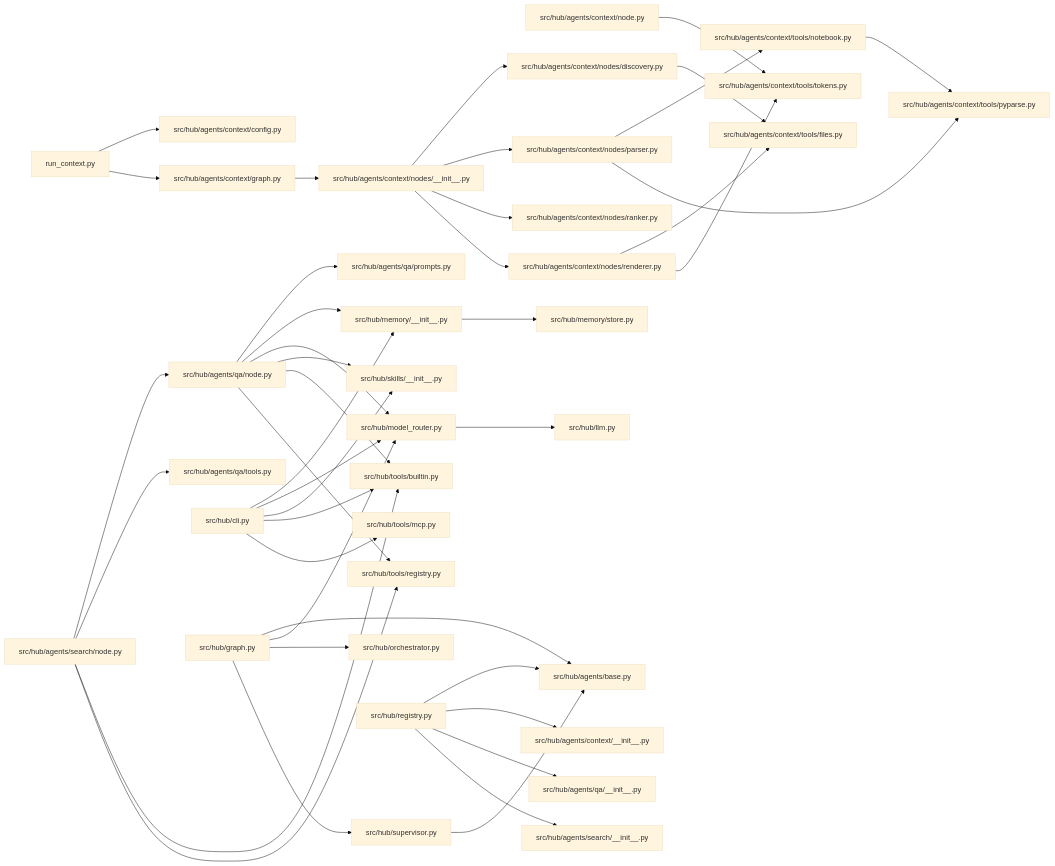
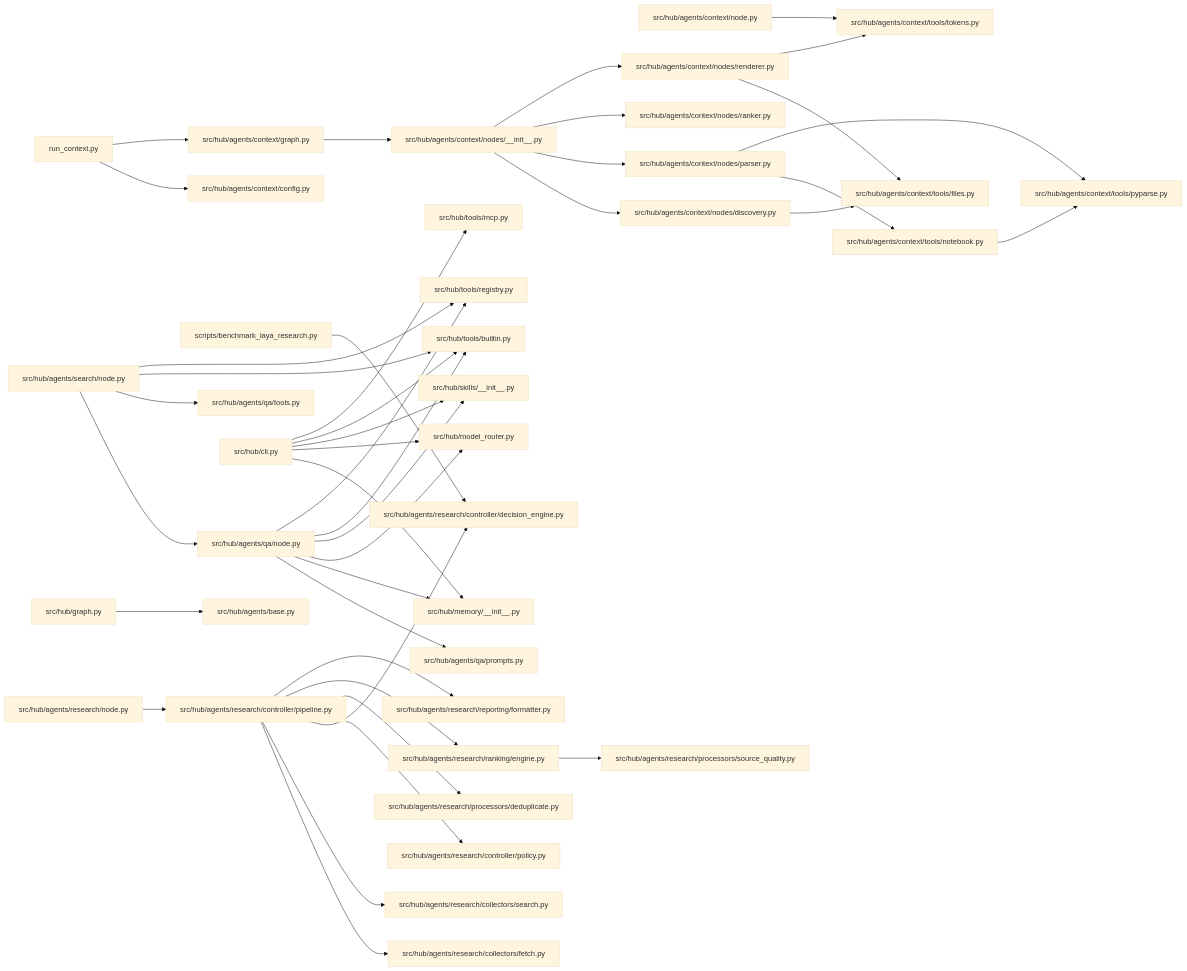
Before and after one commit to MinhTrietPhan/multiagent-free: the diagram in PROJECT_CONTEXT_full.md, drawn with Mermaid (base theme). The commit also changed other lines of this file and 77 other files, not shown here.

````diff
--- a/PROJECT_CONTEXT_full.md
+++ b/PROJECT_CONTEXT_full.md
@@ -87,44 +116,44 @@
 ```mermaid
 graph LR
   run_context_py["run_context.py"] --> src_hub_agents_context_config_py["src/hub/agents/context/config.py"]
   run_context_py["run_context.py"] --> src_hub_agents_context_graph_py["src/hub/agents/context/graph.py"]
+  scripts_benchmark_laya_research_py["scripts/benchmark_laya_research.py"] --> src_hub_agents_research_controller_decision_engine_py["src/hub/agents/research/controller/decision_engine.py"]
   src_hub_agents_context_graph_py["src/hub/agents/context/graph.py"] --> src_hub_agents_context_nodes___init___py["src/hub/agents/context/nodes/__init__.py"]
   src_hub_agents_context_node_py["src/hub/agents/context/node.py"] --> src_hub_agents_context_tools_tokens_py["src/hub/agents/context/tools/tokens.py"]
   src_hub_agents_context_nodes___init___py["src/hub/agents/context/nodes/__init__.py"] --> src_hub_agents_context_nodes_discovery_py["src/hub/agents/context/nodes/discovery.py"]
   src_hub_agents_context_nodes___init___py["src/hub/agents/context/nodes/__init__.py"] --> src_hub_agents_context_nodes_parser_py["src/hub/agents/context/nodes/parser.py"]
   src_hub_agents_context_nodes___init___py["src/hub/agents/context/nodes/__init__.py"] --> src_hub_agents_context_nodes_ranker_py["src/hub/agents/context/nodes/ranker.py"]
   src_hub_agents_context_nodes___init___py["src/hub/agents/context/nodes/__init__.py"] --> src_hub_agents_context_nodes_renderer_py["src/hub/agents/context/nodes/renderer.py"]
   src_hub_agents_context_nodes_discovery_py["src/hub/agents/context/nodes/discovery.py"] --> src_hub_agents_context_tools_files_py["src/hub/agents/context/tools/files.py"]
   src_hub_agents_context_nodes_parser_py["src/hub/agents/context/nodes/parser.py"] --> src_hub_agents_context_tools_notebook_py["src/hub/agents/context/tools/notebook.py"]
   src_hub_agents_context_nodes_parser_py["src/hub/agents/context/nodes/parser.py"] --> src_hub_agents_context_tools_pyparse_py["src/hub/agents/context/tools/pyparse.py"]
   src_hub_agents_context_nodes_renderer_py["src/hub/agents/context/nodes/renderer.py"] --> src_hub_agents_context_tools_files_py["src/hub/agents/context/tools/files.py"]
   src_hub_agents_context_nodes_renderer_py["src/hub/agents/context/nodes/renderer.py"] --> src_hub_agents_context_tools_tokens_py["src/hub/agents/context/tools/tokens.py"]
   src_hub_agents_context_tools_notebook_py["src/hub/agents/context/tools/notebook.py"] --> src_hub_agents_context_tools_pyparse_py["src/hub/agents/context/tools/pyparse.py"]
   src_hub_agents_qa_node_py["src/hub/agents/qa/node.py"] --> src_hub_agents_qa_prompts_py["src/hub/agents/qa/prompts.py"]
   src_hub_agents_qa_node_py["src/hub/agents/qa/node.py"] --> src_hub_memory___init___py["src/hub/memory/__init__.py"]
   src_hub_agents_qa_node_py["src/hub/agents/qa/node.py"] --> src_hub_model_router_py["src/hub/model_router.py"]
   src_hub_agents_qa_node_py["src/hub/agents/qa/node.py"] --> src_hub_skills___init___py["src/hub/skills/__init__.py"]
   src_hub_agents_qa_node_py["src/hub/agents/qa/node.py"] --> src_hub_tools_builtin_py["src/hub/tools/builtin.py"]
   src_hub_agents_qa_node_py["src/hub/agents/qa/node.py"] --> src_hub_tools_registry_py["src/hub/tools/registry.py"]
+  src_hub_agents_research_controller_pipeline_py["src/hub/agents/research/controller/pipeline.py"] --> src_hub_agents_research_collectors_fetch_py["src/hub/agents/research/collectors/fetch.py"]
+  src_hub_agents_research_controller_pipeline_py["src/hub/agents/research/controller/pipeline.py"] --> src_hub_agents_research_collectors_search_py["src/hub/agents/research/collectors/search.py"]
+  src_hub_agents_research_controller_pipeline_py["src/hub/agents/research/controller/pipeline.py"] --> src_hub_agents_research_controller_decision_engine_py["src/hub/agents/research/controller/decision_engine.py"]
+  src_hub_agents_research_controller_pipeline_py["src/hub/agents/research/controller/pipeline.py"] --> src_hub_agents_research_controller_policy_py["src/hub/agents/research/controller/policy.py"]
+  src_hub_agents_research_controller_pipeline_py["src/hub/agents/research/controller/pipeline.py"] --> src_hub_agents_research_processors_deduplicate_py["src/hub/agents/research/processors/deduplicate.py"]
+  src_hub_agents_research_controller_pipeline_py["src/hub/agents/research/controller/pipeline.py"] --> src_hub_agents_research_ranking_engine_py["src/hub/agents/research/ranking/engine.py"]
+  src_hub_agents_research_controller_pipeline_py["src/hub/agents/research/controller/pipeline.py"] --> src_hub_agents_research_reporting_formatter_py["src/hub/agents/research/reporting/formatter.py"]
+  src_hub_agents_research_node_py["src/hub/agents/research/node.py"] --> src_hub_agents_research_controller_pipeline_py["src/hub/agents/research/controller/pipeline.py"]
+  src_hub_agents_research_ranking_engine_py["src/hub/agents/research/ranking/engine.py"] --> src_hub_agents_research_processors_source_quality_py["src/hub/agents/research/processors/source_quality.py"]
   src_hub_agents_search_node_py["src/hub/agents/search/node.py"] --> src_hub_agents_qa_node_py["src/hub/agents/qa/node.py"]
   src_hub_agents_search_node_py["src/hub/agents/search/node.py"] --> src_hub_agents_qa_tools_py["src/hub/agents/qa/tools.py"]
   src_hub_agents_search_node_py["src/hub/agents/search/node.py"] --> src_hub_tools_builtin_py["src/hub/tools/builtin.py"]
   src_hub_agents_search_node_py["src/hub/agents/search/node.py"] --> src_hub_tools_registry_py["src/hub/tools/registry.py"]
   src_hub_cli_py["src/hub/cli.py"] --> src_hub_memory___init___py["src/hub/memory/__init__.py"]
   src_hub_cli_py["src/hub/cli.py"] --> src_hub_model_router_py["src/hub/model_router.py"]
   src_hub_cli_py["src/hub/cli.py"] --> src_hub_skills___init___py["src/hub/skills/__init__.py"]
   src_hub_cli_py["src/hub/cli.py"] --> src_hub_tools_builtin_py["src/hub/tools/builtin.py"]
   src_hub_cli_py["src/hub/cli.py"] --> src_hub_tools_mcp_py["src/hub/tools/mcp.py"]
   src_hub_graph_py["src/hub/graph.py"] --> src_hub_agents_base_py["src/hub/agents/base.py"]
-  src_hub_graph_py["src/hub/graph.py"] --> src_hub_model_router_py["src/hub/model_router.py"]
-  src_hub_graph_py["src/hub/graph.py"] --> src_hub_orchestrator_py["src/hub/orchestrator.py"]
-  src_hub_graph_py["src/hub/graph.py"] --> src_hub_supervisor_py["src/hub/supervisor.py"]
-  src_hub_memory___init___py["src/hub/memory/__init__.py"] --> src_hub_memory_store_py["src/hub/memory/store.py"]
-  src_hub_model_router_py["src/hub/model_router.py"] --> src_hub_llm_py["src/hub/llm.py"]
-  src_hub_registry_py["src/hub/registry.py"] --> src_hub_agents_base_py["src/hub/agents/base.py"]
-  src_hub_registry_py["src/hub/registry.py"] --> src_hub_agents_context___init___py["src/hub/agents/context/__init__.py"]
-  src_hub_registry_py["src/hub/registry.py"] --> src_hub_agents_qa___init___py["src/hub/agents/qa/__init__.py"]
-  src_hub_registry_py["src/hub/registry.py"] --> src_hub_agents_search___init___py["src/hub/agents/search/__init__.py"]
-  src_hub_supervisor_py["src/hub/supervisor.py"] --> src_hub_agents_base_py["src/hub/agents/base.py"]
-  %% +19 more edges omitted
+  %% +37 more edges omitted
 ```
````
